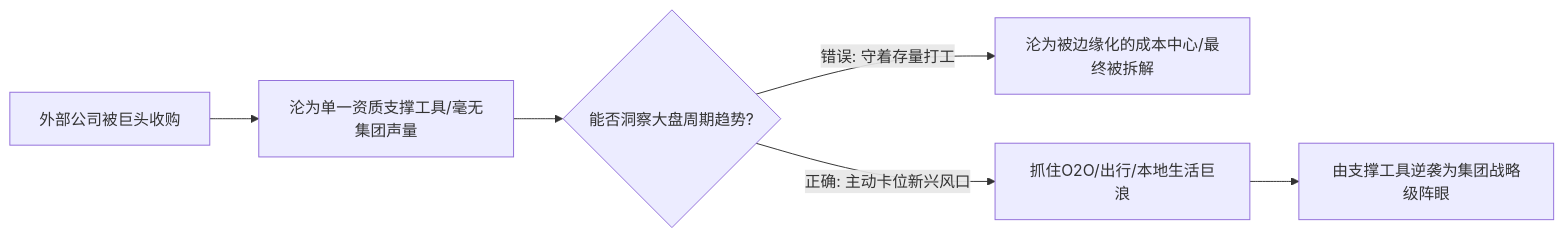
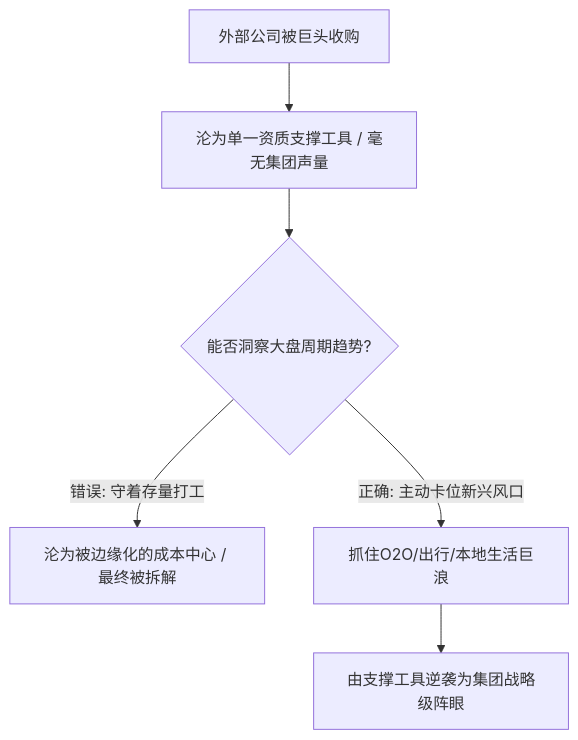
Before and after one commit to dollarser/knowledge: the first of 2 diagrams in content/live-20260923-laozeng-01.md, drawn with Mermaid. The commit also changed 7 other files, not shown here.

Commit message:
style: convert horizontal LR mermaid diagrams to vertical TD for readable text on all screens

````diff
--- a/content/live-20260923-laozeng-01.md
+++ b/content/live-20260923-laozeng-01.md
@@ -25,8 +25,8 @@
 ```mermaid
-flowchart LR
-    Acquired[外部公司被巨头收购] --> Tool[沦为单一资质支撑工具/毫无集团声量]
-    Tool --> Pivot{能否洞察大盘周期趋势?}
-    Pivot -- 错误: 守着存量打工 --> Dead[沦为被边缘化的成本中心/最终被拆解]
-    Pivot -- 正确: 主动卡位新兴风口 --> Leap[抓住O2O/出行/本地生活巨浪]
-    Leap --> Core[由支撑工具逆袭为集团战略级阵眼]
+flowchart TD
+    Acquired["外部公司被巨头收购"] --> Tool["沦为单一资质支撑工具 / 毫无集团声量"]
+    Tool --> Pivot{"能否洞察大盘周期趋势?"}
+    Pivot -- 错误: 守着存量打工 --> Dead["沦为被边缘化的成本中心 / 最终被拆解"]
+    Pivot -- 正确: 主动卡位新兴风口 --> Leap["抓住O2O/出行/本地生活巨浪"]
+    Leap --> Core["由支撑工具逆袭为集团战略级阵眼"]
 ```
````
